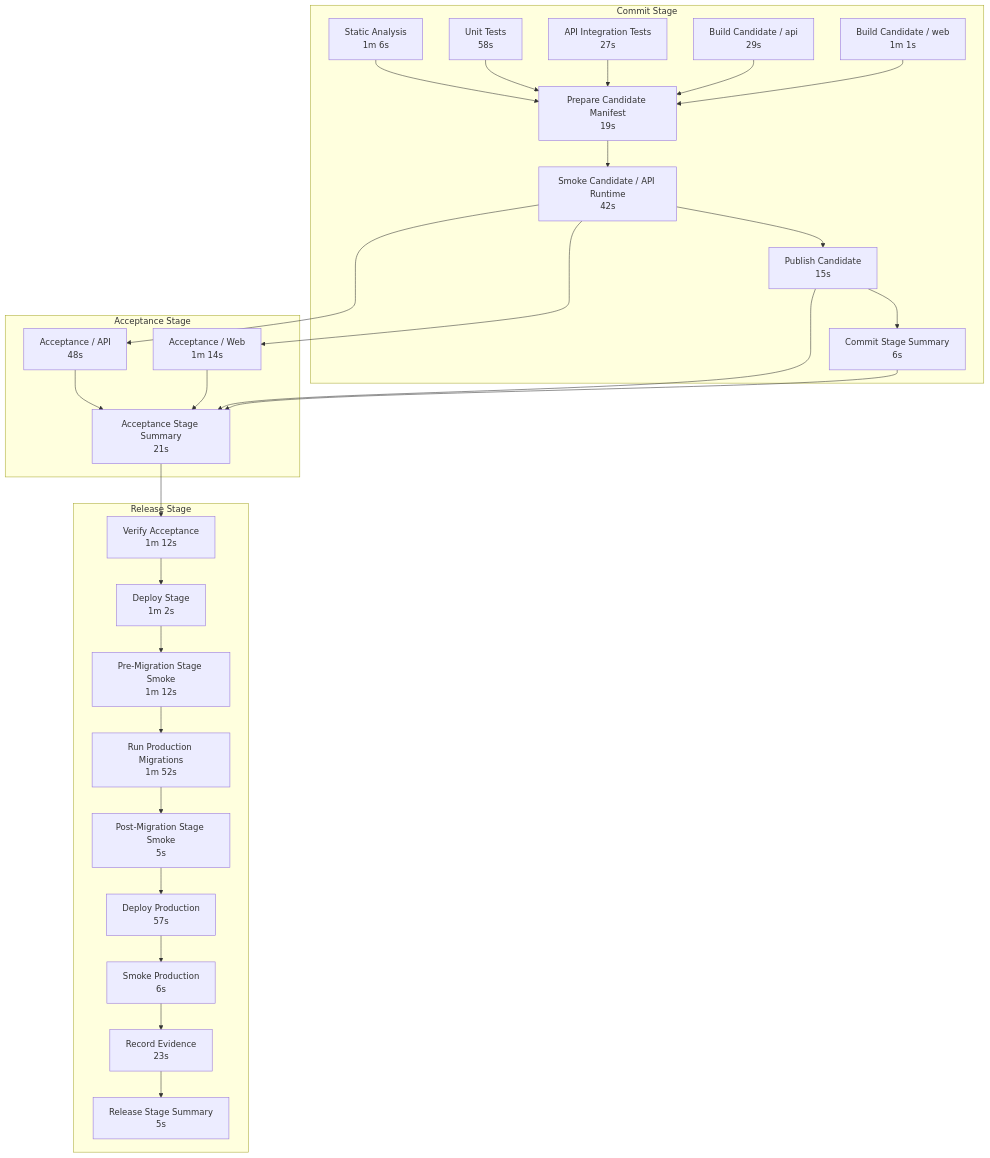
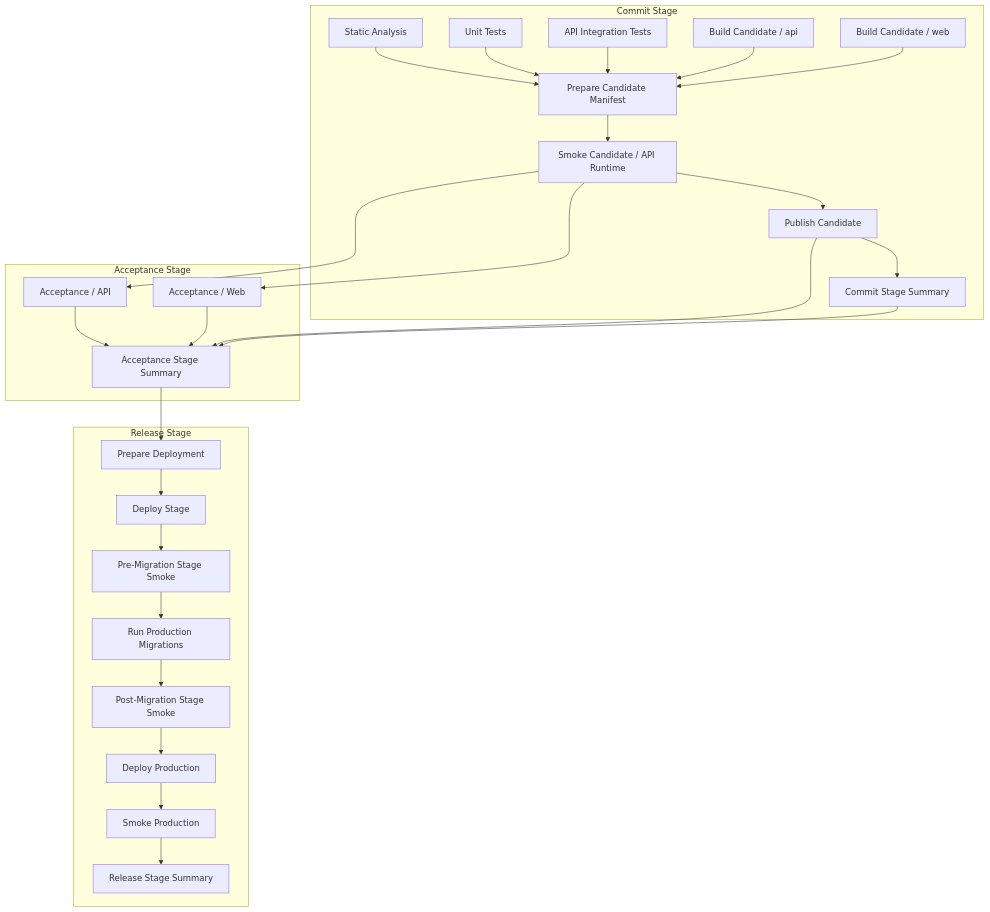
The second of 2 diagrams in platform/pipeline/README.md (glcsolutions-ca/compass), drawn with Mermaid before and after one commit. The commit also changed other lines of this file and 42 other files, not shown here.

````diff
--- a/platform/pipeline/README.md
+++ b/platform/pipeline/README.md
@@ -40,59 +38,57 @@
 ```mermaid
 flowchart TD
     subgraph CS["Commit Stage"]
-        B["Static Analysis<br/>1m 6s"]
-        C["Unit Tests<br/>58s"]
-        D["API Integration Tests<br/>27s"]
-        E["Build Candidate / api<br/>29s"]
-        F["Build Candidate / web<br/>1m 1s"]
-        G["Prepare Candidate Manifest<br/>19s"]
-        H["Smoke Candidate / API Runtime<br/>42s"]
-        I["Publish Candidate<br/>15s"]
-        J["Commit Stage Summary<br/>6s"]
+        B["Static Analysis"]
+        C["Unit Tests"]
+        D["API Integration Tests"]
+        E["Build Candidate / api"]
+        F["Build Candidate / web"]
+        G["Prepare Candidate Manifest"]
+        H["Smoke Candidate / API Runtime"]
+        I["Publish Candidate"]
+        J["Commit Stage Summary"]
     end
 
     subgraph AS["Acceptance Stage"]
-        K["Acceptance / API<br/>48s"]
-        L["Acceptance / Web<br/>1m 14s"]
-        M["Acceptance Stage Summary<br/>21s"]
+        K["Acceptance / API"]
+        L["Acceptance / Web"]
+        M["Acceptance Stage Summary"]
     end
 
     subgraph RS["Release Stage"]
-        N["Verify Acceptance<br/>1m 12s"]
-        O["Deploy Stage<br/>1m 2s"]
-        P["Pre-Migration Stage Smoke<br/>1m 12s"]
-        Q["Run Production Migrations<br/>1m 52s"]
-        R["Post-Migration Stage Smoke<br/>5s"]
-        S["Deploy Production<br/>57s"]
-        T["Smoke Production<br/>6s"]
-        U["Record Evidence<br/>23s"]
-        V["Release Stage Summary<br/>5s"]
+        N["Prepare Deployment"]
+        O["Deploy Stage"]
+        P["Pre-Migration Stage Smoke"]
+        Q["Run Production Migrations"]
+        R["Post-Migration Stage Smoke"]
+        S["Deploy Production"]
+        T["Smoke Production"]
+        U["Release Stage Summary"]
     end
 
     B --> G
     C --> G
     D --> G
     E --> G
     F --> G
 
     G --> H
     H --> I
     H --> K
     H --> L
     I --> J
 
     K --> M
     L --> M
     I --> M
     J --> M
 
     M --> N
     N --> O
     O --> P
     P --> Q
     Q --> R
     R --> S
     S --> T
     T --> U
-    U --> V
 ```
````
